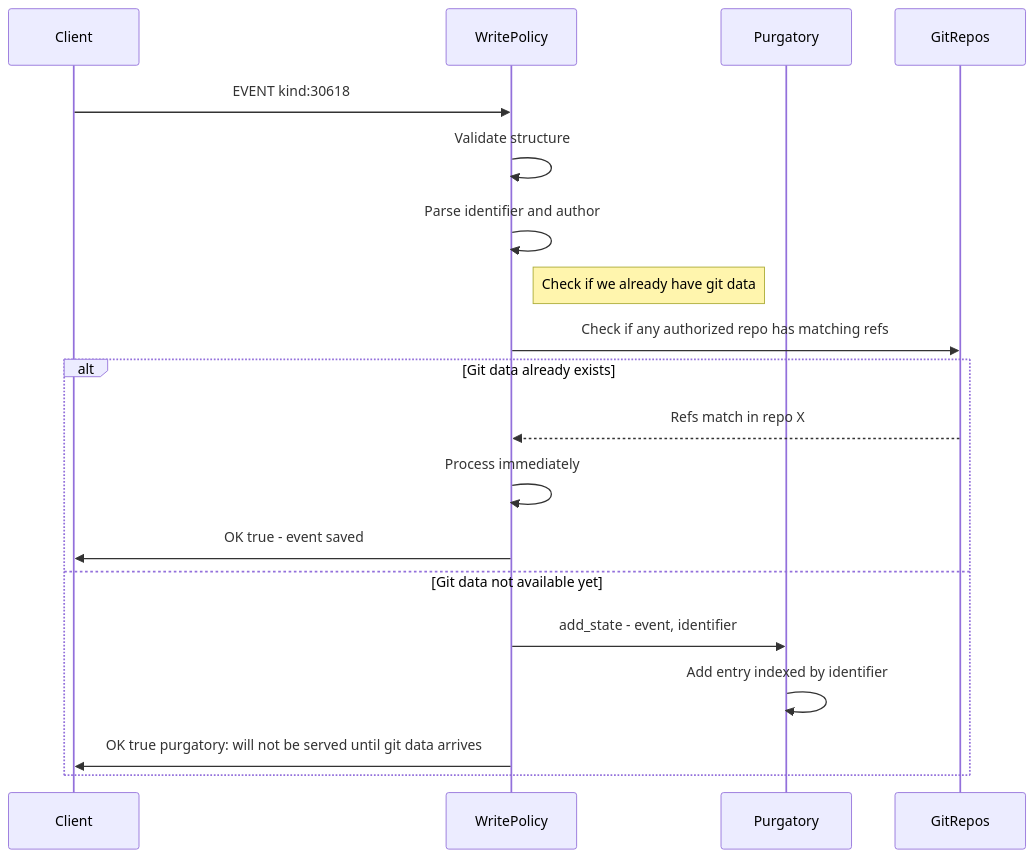
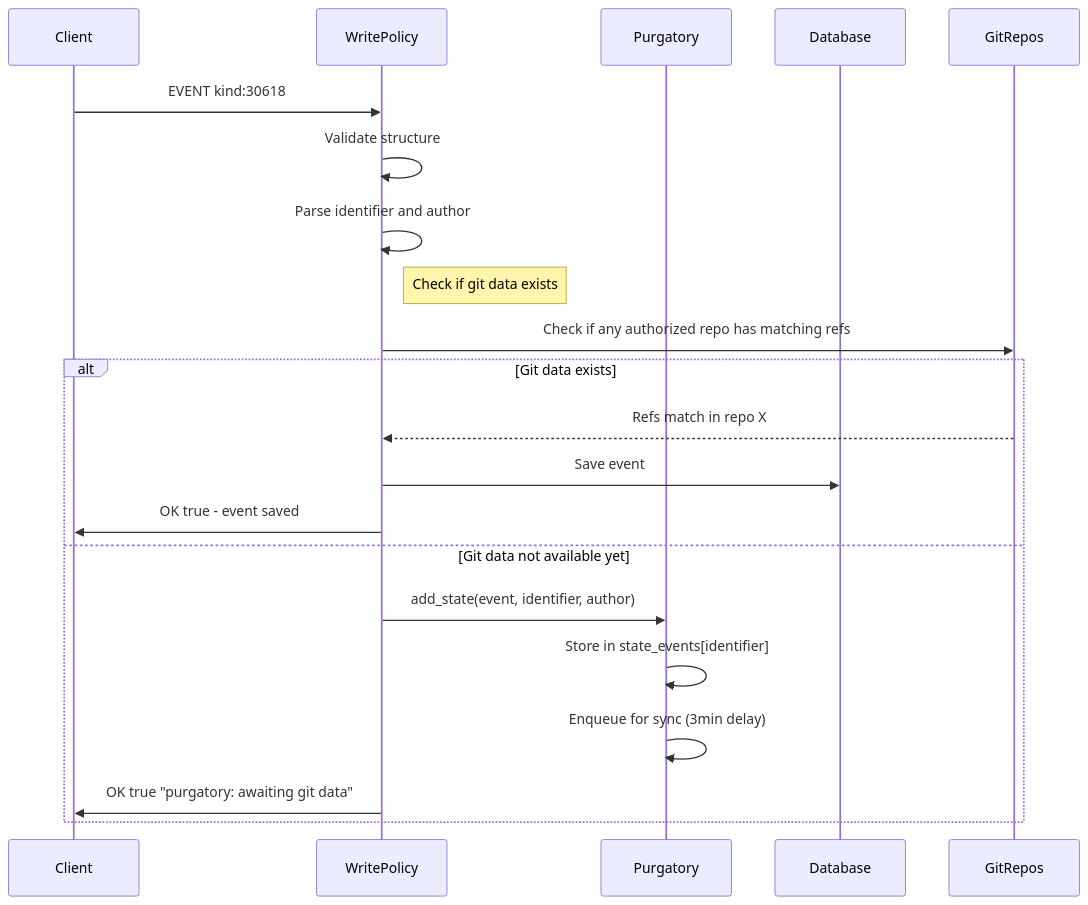
One commit to Pleb5/ngit-grasp changed the first of 4 diagrams in docs/explanation/purgatory-design.md. Above: the diagram before and after it, drawn with Mermaid. The commit also changed other lines of this file and 8 other files, not shown here.

Commit message:
docs: update docs with sync and purgatory and git data sync

````diff
--- a/docs/explanation/purgatory-design.md
+++ b/docs/explanation/purgatory-design.md
@@ -137,24 +175,26 @@
 ```mermaid
 sequenceDiagram
     participant Client
     participant WritePolicy
     participant Purgatory
+    participant Database
     participant GitRepos
 
     Client->>WritePolicy: EVENT kind:30618
     WritePolicy->>WritePolicy: Validate structure
     WritePolicy->>WritePolicy: Parse identifier and author
 
-    Note right of WritePolicy: Check if we already have git data
+    Note right of WritePolicy: Check if git data exists
     WritePolicy->>GitRepos: Check if any authorized repo has matching refs
 
-    alt Git data already exists
+    alt Git data exists
         GitRepos-->>WritePolicy: Refs match in repo X
-        WritePolicy->>WritePolicy: Process immediately
+        WritePolicy->>Database: Save event
         WritePolicy->>Client: OK true - event saved
     else Git data not available yet
-        WritePolicy->>Purgatory: add_state - event, identifier
-        Purgatory->>Purgatory: Add entry indexed by identifier
-        WritePolicy->>Client: OK true purgatory: will not be served until git data arrives
+        WritePolicy->>Purgatory: add_state(event, identifier, author)
+        Purgatory->>Purgatory: Store in state_events[identifier]
+        Purgatory->>Purgatory: Enqueue for sync (3min delay)
+        WritePolicy->>Client: OK true "purgatory: awaiting git data"
     end
 ```
````
